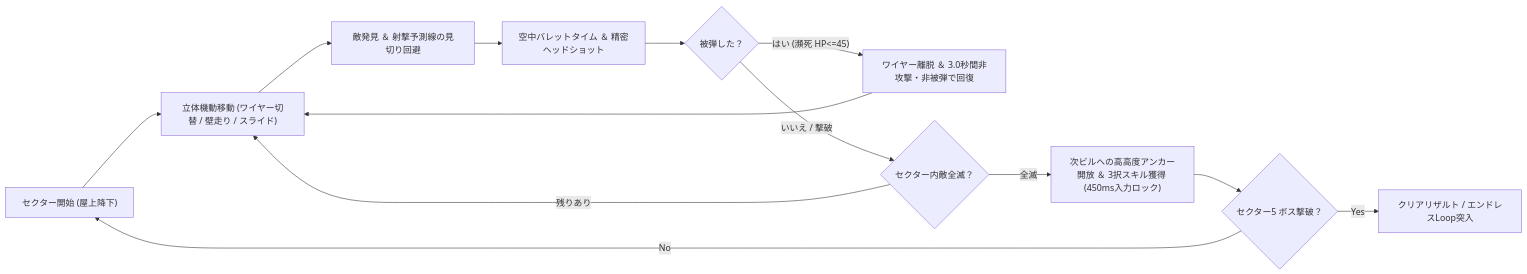
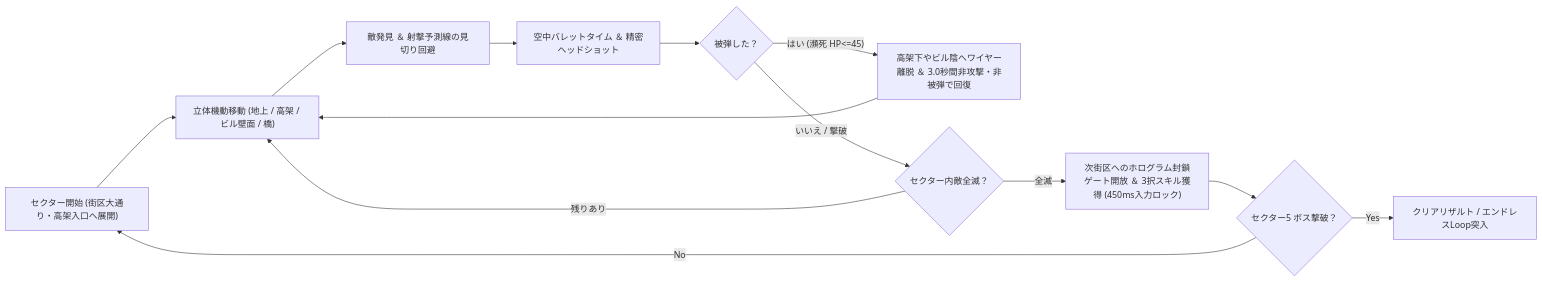
One commit to haruyashimadajp/3D-action changed the first of 2 diagrams in GAME_DESIGN_SPEC.md. Above: the diagram before and after it, drawn with Mermaid. The commit also changed other lines of this file, not shown here.

````diff
--- a/GAME_DESIGN_SPEC.md
+++ b/GAME_DESIGN_SPEC.md
@@ -33,15 +36,15 @@
 ```mermaid
 flowchart LR
-    A["セクター開始 (屋上降下)"] --> B["立体機動移動 (ワイヤー切替 / 壁走り / スライド)"]
+    A["セクター開始 (街区大通り・高架入口へ展開)"] --> B["立体機動移動 (地上 / 高架 / ビル壁面 / 橋)"]
     B --> C["敵発見 ＆ 射撃予測線の見切り回避"]
     C --> D["空中バレットタイム ＆ 精密ヘッドショット"]
     D --> E{"被弾した？"}
-    E -- "はい (瀕死 HP<=45)" --> F["ワイヤー離脱 ＆ 3.0秒間非攻撃・非被弾で回復"]
+    E -- "はい (瀕死 HP<=45)" --> F["高架下やビル陰へワイヤー離脱 ＆ 3.0秒間非攻撃・非被弾で回復"]
     F --> B
     E -- "いいえ / 撃破" --> G{"セクター内敵全滅？"}
     G -- "残りあり" --> B
-    G -- "全滅" --> H["次ビルへの高高度アンカー開放 ＆ 3択スキル獲得 (450ms入力ロック)"]
+    G -- "全滅" --> H["次街区へのホログラム封鎖ゲート開放 ＆ 3択スキル獲得 (450ms入力ロック)"]
     H --> I{"セクター5 ボス撃破？"}
     I -- "No" --> A
     I -- "Yes" --> J["クリアリザルト / エンドレスLoop突入"]
 ```
````
